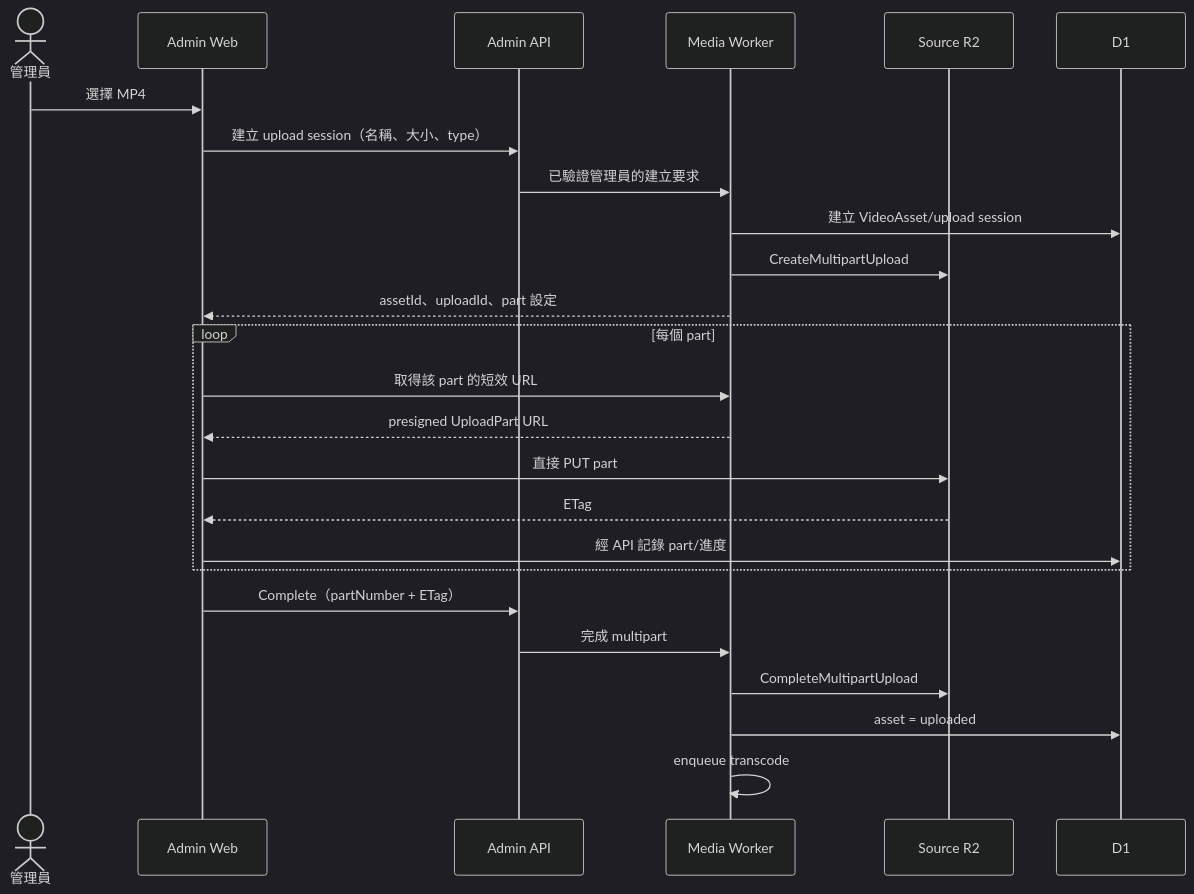
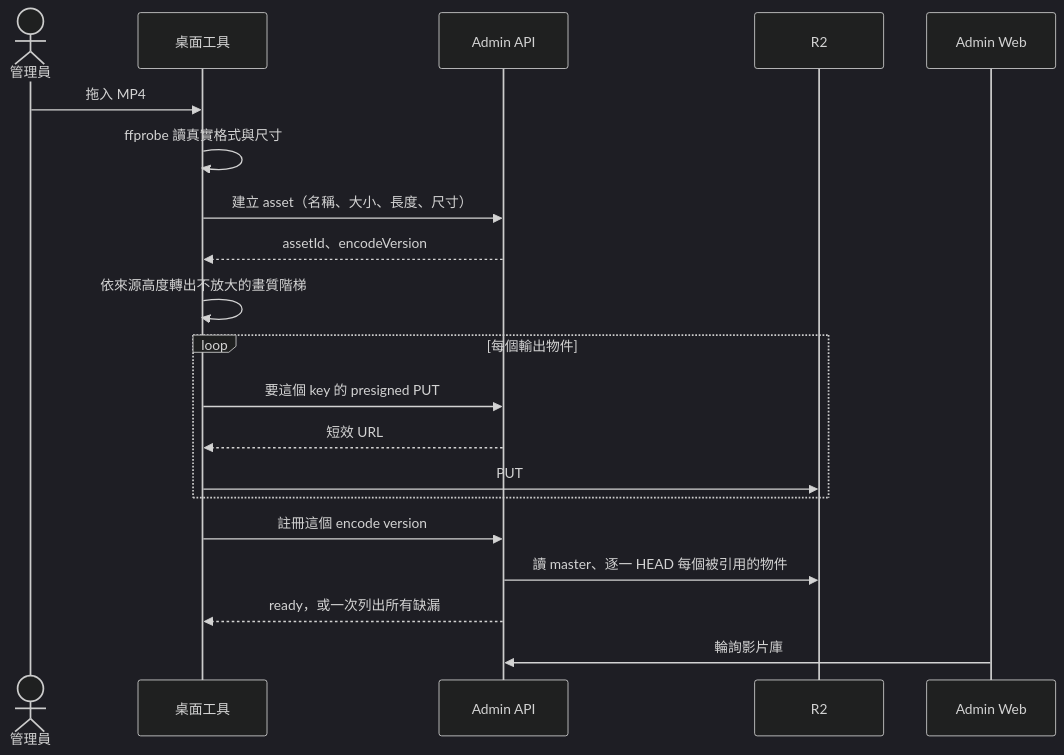
Before and after one commit to infixman/luma_studio: the second of 3 diagrams in docs/changes/plans/20260729-course-commerce-phase4-video-ingestion-pipeline/design.md, drawn with Mermaid (dark theme). The commit also changed other lines of this file and 10 other files, not shown here.

````diff
--- a/docs/changes/plans/20260729-course-commerce-phase4-video-ingestion-pipeline/design.md
+++ b/docs/changes/plans/20260729-course-commerce-phase4-video-ingestion-pipeline/design.md
@@ -108,28 +115,23 @@
 ```mermaid
 sequenceDiagram
     actor Admin as 管理員
+    participant Tool as 桌面工具
+    participant API as Admin API
+    participant R2 as R2
     participant Web as Admin Web
-    participant API as Admin API
-    participant Media as Media Worker
-    participant R2 as Source R2
-    participant DB as D1
 
-    Admin->>Web: 選擇 MP4
-    Web->>API: 建立 upload session（名稱、大小、type）
-    API->>Media: 已驗證管理員的建立要求
-    Media->>DB: 建立 VideoAsset/upload session
-    Media->>R2: CreateMultipartUpload
-    Media-->>Web: assetId、uploadId、part 設定
-    loop 每個 part
-        Web->>Media: 取得該 part 的短效 URL
-        Media-->>Web: presigned UploadPart URL
-        Web->>R2: 直接 PUT part
-        R2-->>Web: ETag
-        Web->>DB: 經 API 記錄 part/進度
+    Admin->>Tool: 拖入 MP4
+    Tool->>Tool: ffprobe 讀真實格式與尺寸
+    Tool->>API: 建立 asset（名稱、大小、長度、尺寸）
+    API-->>Tool: assetId、encodeVersion
+    Tool->>Tool: 依來源高度轉出不放大的畫質階梯
+    loop 每個輸出物件
+        Tool->>API: 要這個 key 的 presigned PUT
+        API-->>Tool: 短效 URL
+        Tool->>R2: PUT
     end
-    Web->>API: Complete（partNumber + ETag）
-    API->>Media: 完成 multipart
-    Media->>R2: CompleteMultipartUpload
-    Media->>DB: asset = uploaded
-    Media->>Media: enqueue transcode
+    Tool->>API: 註冊這個 encode version
+    API->>R2: 讀 master、逐一 HEAD 每個被引用的物件
+    API-->>Tool: ready，或一次列出所有缺漏
+    Web->>API: 輪詢影片庫
 ```
````
